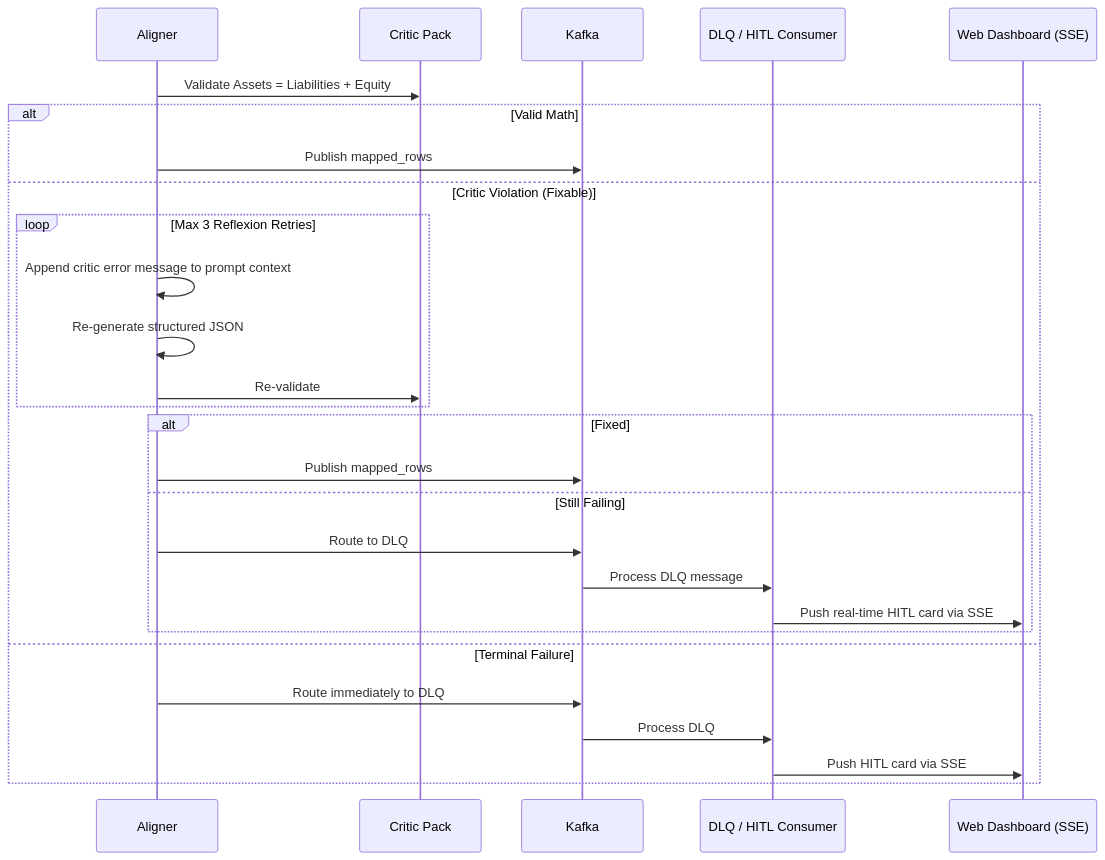
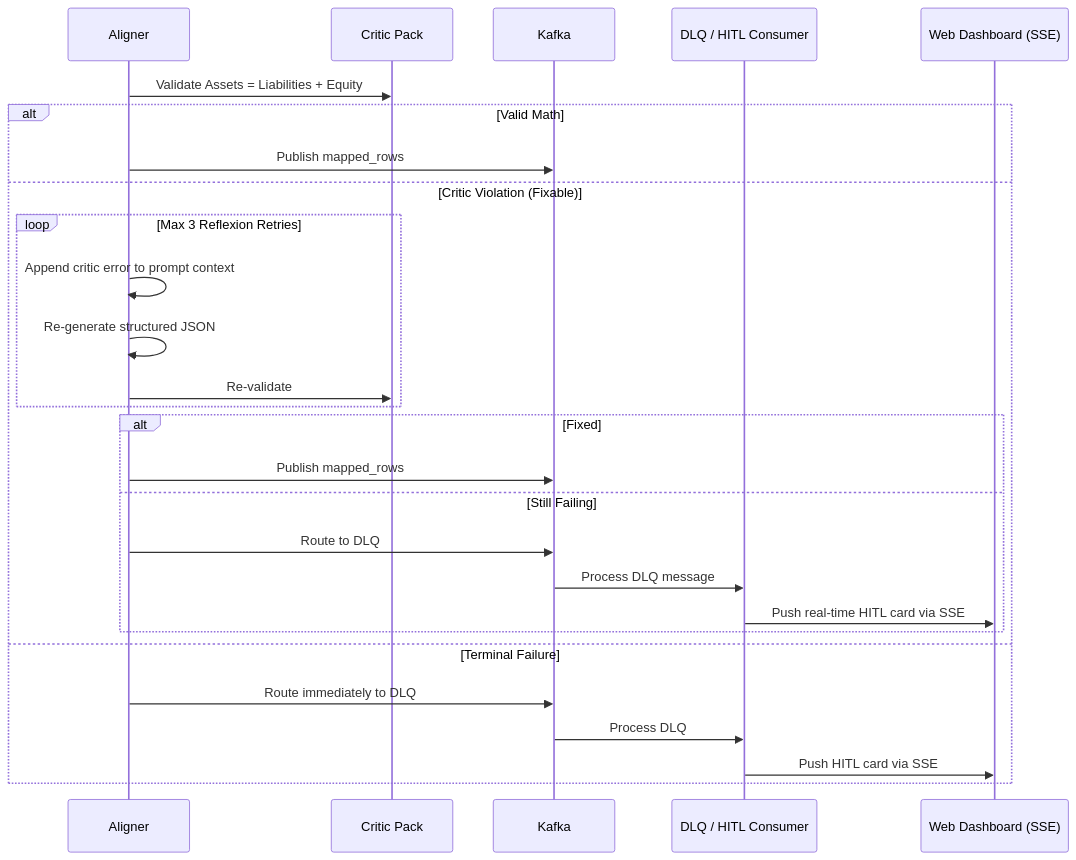
Before and after one commit to krigsherre/prism-core: the sixth of 12 diagrams in architecture.md, drawn with Mermaid. The commit also changed other lines of this file and 3 other files, not shown here.

Commit message:
docs: interactive README, architecture, ADRs & research — badges, collapsible sections, Mermaid diagrams, icon

````diff
--- a/architecture.md
+++ b/architecture.md
@@ -194,30 +200,30 @@
 ```mermaid
 sequenceDiagram
     participant A as Aligner
     participant C as Critic Pack
     participant K as Kafka
     participant D as DLQ / HITL Consumer
     participant H as Web Dashboard (SSE)
 
     A->>C: Validate Assets = Liabilities + Equity
     alt Valid Math
         A->>K: Publish mapped_rows
     else Critic Violation (Fixable)
         loop Max 3 Reflexion Retries
-            A->>A: Append critic error message to prompt context
+            A->>A: Append critic error to prompt context
             A->>A: Re-generate structured JSON
             A->>C: Re-validate
         end
         alt Fixed
             A->>K: Publish mapped_rows
         else Still Failing
             A->>K: Route to DLQ
             K->>D: Process DLQ message
             D->>H: Push real-time HITL card via SSE
         end
     else Terminal Failure
         A->>K: Route immediately to DLQ
         K->>D: Process DLQ
         D->>H: Push HITL card via SSE
     end
 ```
````
